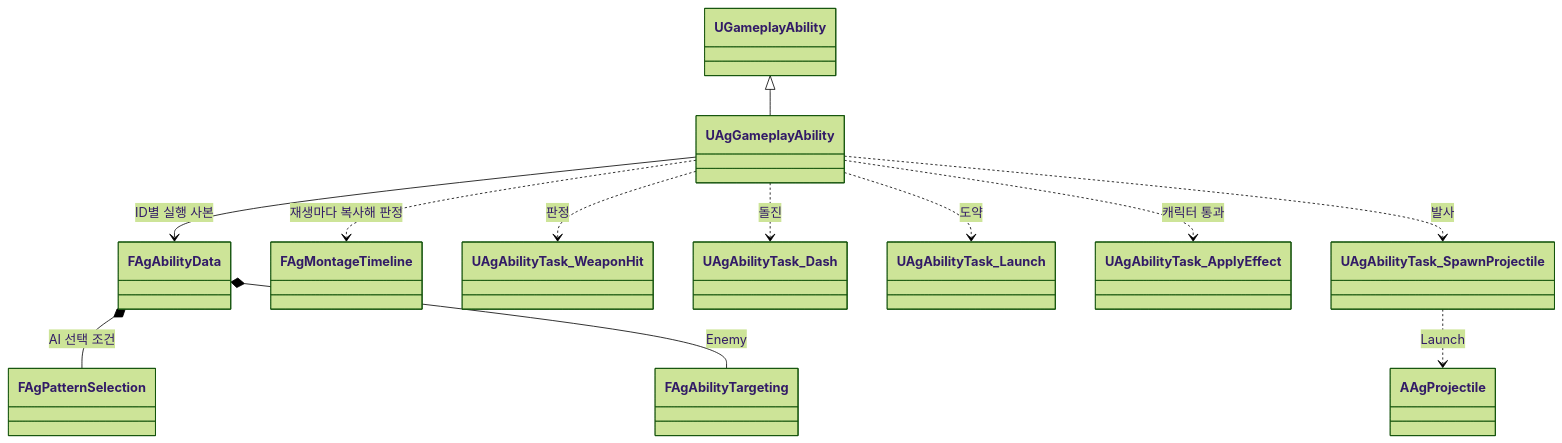
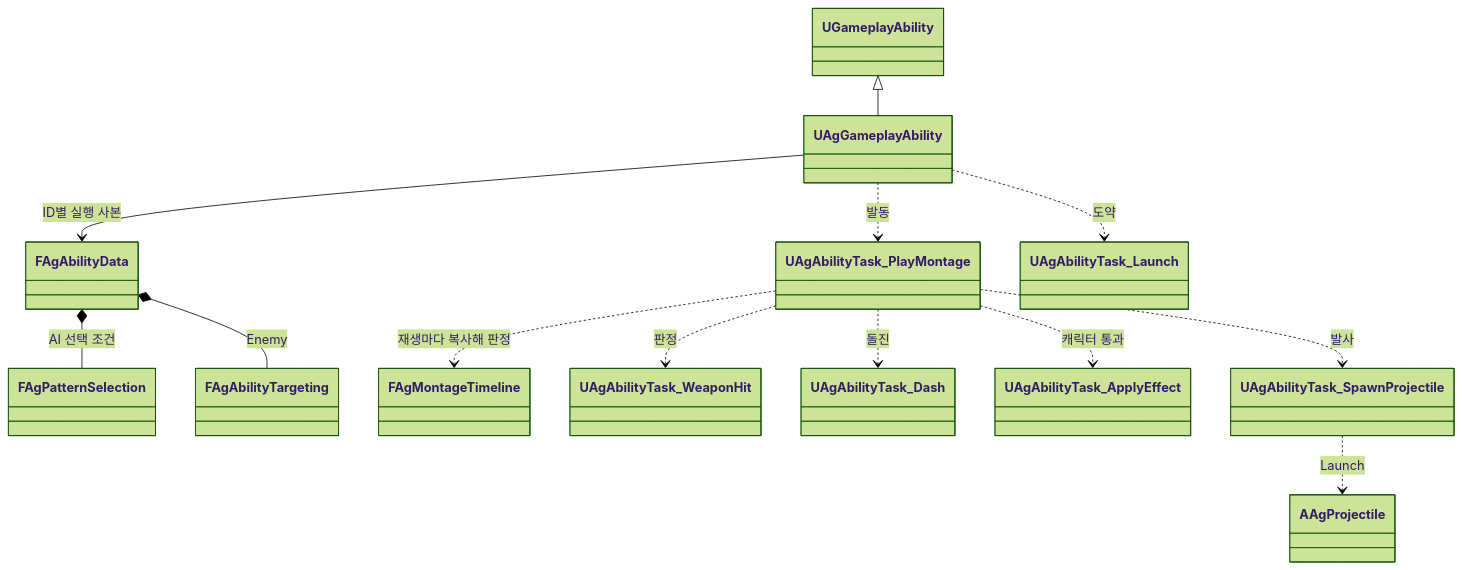
The second of 3 diagrams in Docs/Program/보스.md (Woogl/Ag), drawn with Mermaid (forest theme) before and after one commit. The commit also changed other lines of this file and 43 other files, not shown here.

````diff
--- a/Docs/Program/보스.md
+++ b/Docs/Program/보스.md
@@ -83,14 +83,15 @@
 ```mermaid
 classDiagram
     UGameplayAbility <|-- UAgGameplayAbility
     UAgGameplayAbility --> FAgAbilityData : ID별 실행 사본
     FAgAbilityData *-- FAgPatternSelection : AI 선택 조건
     FAgAbilityData *-- FAgAbilityTargeting : Enemy
-    UAgGameplayAbility ..> FAgMontageTimeline : 재생마다 복사해 판정
-    UAgGameplayAbility ..> UAgAbilityTask_WeaponHit : 판정
-    UAgGameplayAbility ..> UAgAbilityTask_Dash : 돌진
+    UAgGameplayAbility ..> UAgAbilityTask_PlayMontage : 발동
     UAgGameplayAbility ..> UAgAbilityTask_Launch : 도약
-    UAgGameplayAbility ..> UAgAbilityTask_ApplyEffect : 캐릭터 통과
-    UAgGameplayAbility ..> UAgAbilityTask_SpawnProjectile : 발사
+    UAgAbilityTask_PlayMontage ..> FAgMontageTimeline : 재생마다 복사해 판정
+    UAgAbilityTask_PlayMontage ..> UAgAbilityTask_WeaponHit : 판정
+    UAgAbilityTask_PlayMontage ..> UAgAbilityTask_Dash : 돌진
+    UAgAbilityTask_PlayMontage ..> UAgAbilityTask_ApplyEffect : 캐릭터 통과
+    UAgAbilityTask_PlayMontage ..> UAgAbilityTask_SpawnProjectile : 발사
     UAgAbilityTask_SpawnProjectile ..> AAgProjectile : Launch
 ```
````
